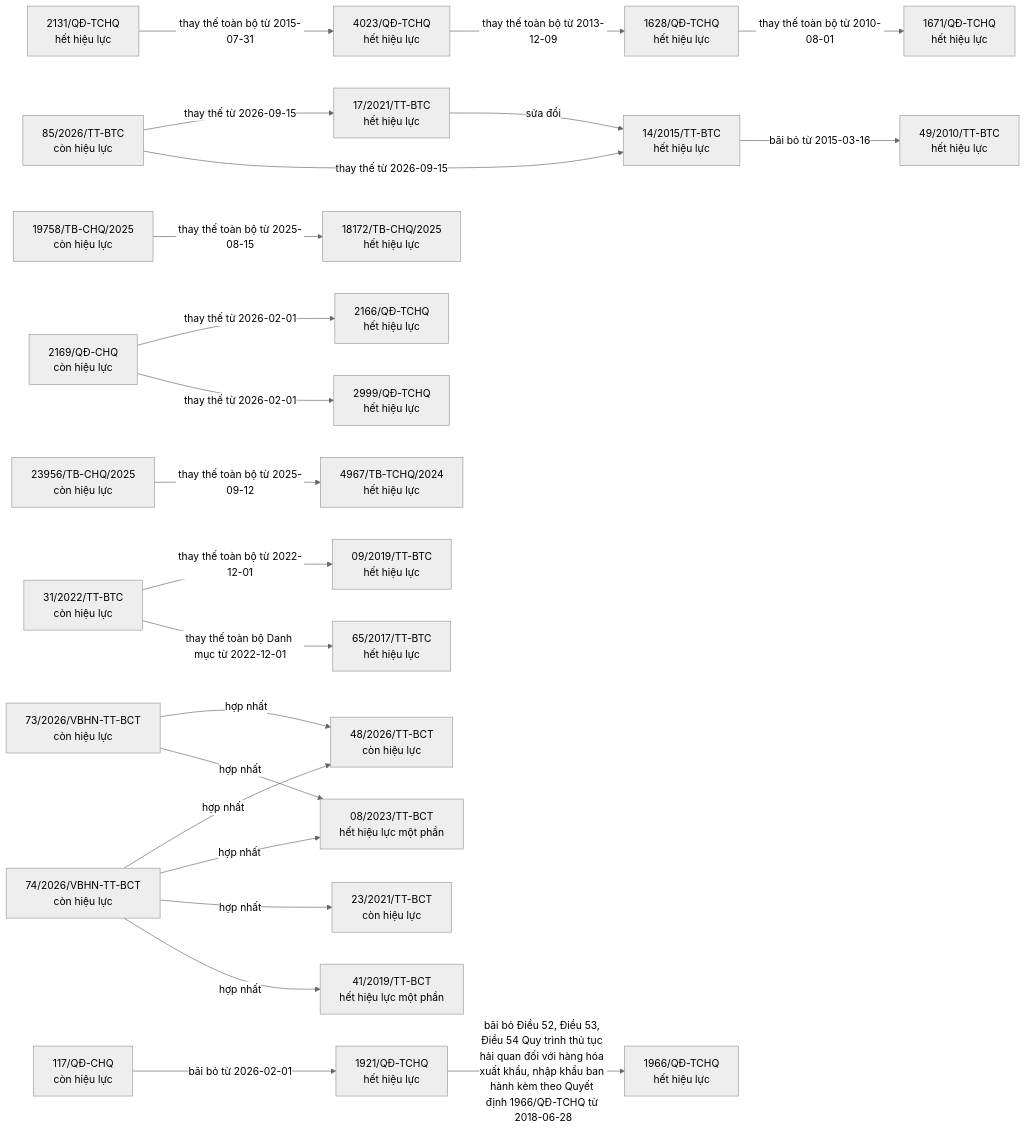
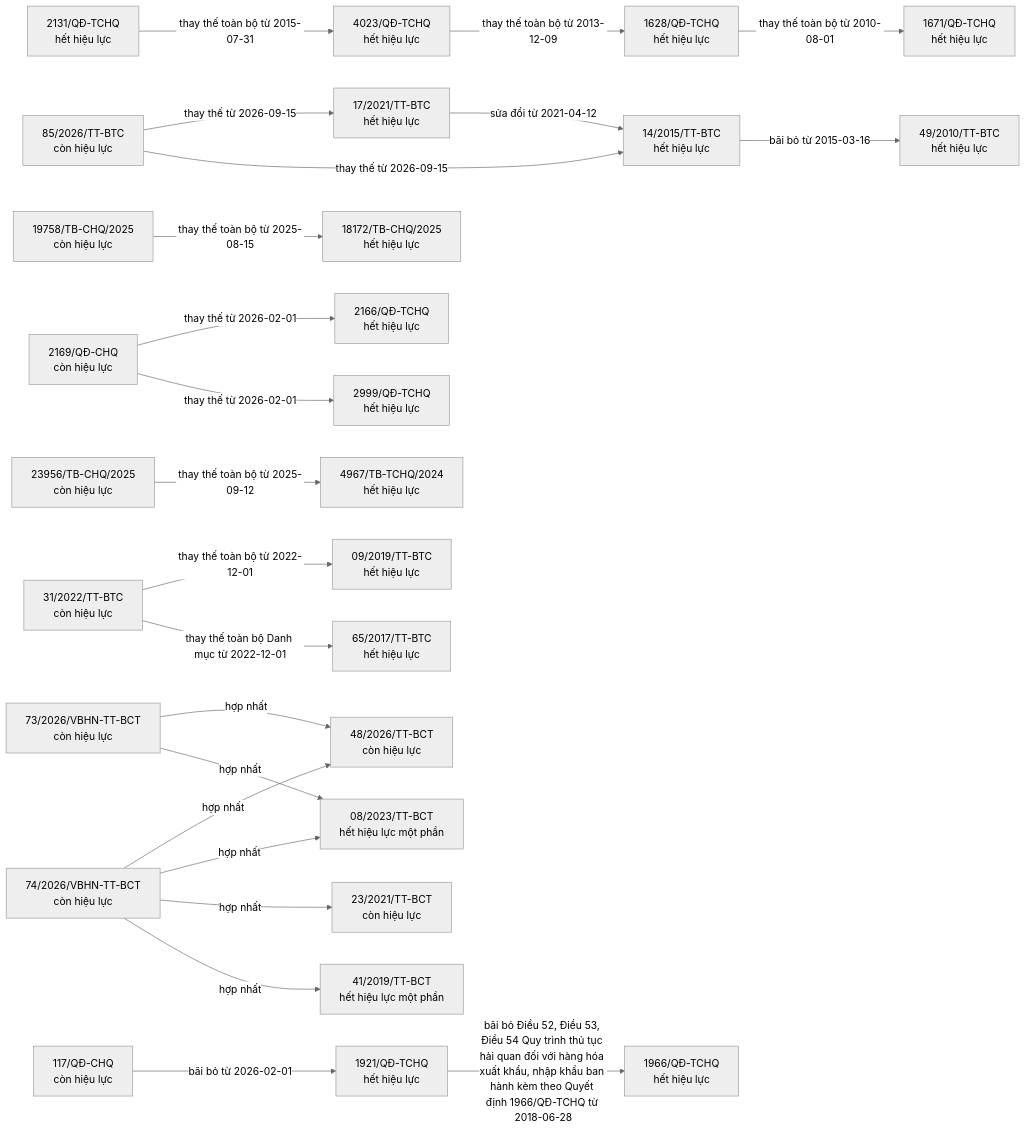
One commit to ozvietnam/oz-wiki-plhq changed the fourth of 9 diagrams in bao-cao/quan-he.md. Above: the diagram before and after it, drawn with Mermaid (neutral theme). The commit also changed other lines of this file and 2 other files, not shown here.

````diff
--- a/bao-cao/quan-he.md
+++ b/bao-cao/quan-he.md
@@ -492,51 +492,51 @@
 ```mermaid
 flowchart LR
   n_117_Q__CHQ["117/QĐ-CHQ<br/>còn hiệu lực"]
   n_1921_Q__TCHQ["1921/QĐ-TCHQ<br/>hết hiệu lực"]
   n_14_2015_TT_BTC["14/2015/TT-BTC<br/>hết hiệu lực"]
   n_49_2010_TT_BTC["49/2010/TT-BTC<br/>hết hiệu lực"]
   n_1628_Q__TCHQ["1628/QĐ-TCHQ<br/>hết hiệu lực"]
   n_1671_Q__TCHQ["1671/QĐ-TCHQ<br/>hết hiệu lực"]
   n_17_2021_TT_BTC["17/2021/TT-BTC<br/>hết hiệu lực"]
   n_1966_Q__TCHQ["1966/QĐ-TCHQ<br/>hết hiệu lực"]
   n_19758_TB_CHQ_2025["19758/TB-CHQ/2025<br/>còn hiệu lực"]
   n_18172_TB_CHQ_2025["18172/TB-CHQ/2025<br/>hết hiệu lực"]
   n_2131_Q__TCHQ["2131/QĐ-TCHQ<br/>hết hiệu lực"]
   n_4023_Q__TCHQ["4023/QĐ-TCHQ<br/>hết hiệu lực"]
   n_2169_Q__CHQ["2169/QĐ-CHQ<br/>còn hiệu lực"]
   n_2999_Q__TCHQ["2999/QĐ-TCHQ<br/>hết hiệu lực"]
   n_2166_Q__TCHQ["2166/QĐ-TCHQ<br/>hết hiệu lực"]
   n_23956_TB_CHQ_2025["23956/TB-CHQ/2025<br/>còn hiệu lực"]
   n_4967_TB_TCHQ_2024["4967/TB-TCHQ/2024<br/>hết hiệu lực"]
   n_31_2022_TT_BTC["31/2022/TT-BTC<br/>còn hiệu lực"]
   n_65_2017_TT_BTC["65/2017/TT-BTC<br/>hết hiệu lực"]
   n_09_2019_TT_BTC["09/2019/TT-BTC<br/>hết hiệu lực"]
   n_73_2026_VBHN_TT_BCT["73/2026/VBHN-TT-BCT<br/>còn hiệu lực"]
   n_08_2023_TT_BCT["08/2023/TT-BCT<br/>hết hiệu lực một phần"]
   n_48_2026_TT_BCT["48/2026/TT-BCT<br/>còn hiệu lực"]
   n_74_2026_VBHN_TT_BCT["74/2026/VBHN-TT-BCT<br/>còn hiệu lực"]
   n_41_2019_TT_BCT["41/2019/TT-BCT<br/>hết hiệu lực một phần"]
   n_23_2021_TT_BCT["23/2021/TT-BCT<br/>còn hiệu lực"]
   n_85_2026_TT_BTC["85/2026/TT-BTC<br/>còn hiệu lực"]
   n_117_Q__CHQ -->|bãi bỏ từ 2026-02-01| n_1921_Q__TCHQ
   n_14_2015_TT_BTC -->|bãi bỏ từ 2015-03-16| n_49_2010_TT_BTC
   n_1628_Q__TCHQ -->|thay thế toàn bộ từ 2010-08-01| n_1671_Q__TCHQ
-  n_17_2021_TT_BTC -->|sửa đổi| n_14_2015_TT_BTC
+  n_17_2021_TT_BTC -->|sửa đổi từ 2021-04-12| n_14_2015_TT_BTC
   n_1921_Q__TCHQ -->|bãi bỏ Điều 52, Điều 53, Điều 54 Quy trình thủ tục hải quan đối với hàng hóa xuất khẩu, nhập khẩu ban hành kèm theo Quyết định 1966/QĐ-TCHQ từ 2018-06-28| n_1966_Q__TCHQ
   n_19758_TB_CHQ_2025 -->|thay thế toàn bộ từ 2025-08-15| n_18172_TB_CHQ_2025
   n_2131_Q__TCHQ -->|thay thế toàn bộ từ 2015-07-31| n_4023_Q__TCHQ
   n_2169_Q__CHQ -->|thay thế từ 2026-02-01| n_2999_Q__TCHQ
   n_2169_Q__CHQ -->|thay thế từ 2026-02-01| n_2166_Q__TCHQ
   n_23956_TB_CHQ_2025 -->|thay thế toàn bộ từ 2025-09-12| n_4967_TB_TCHQ_2024
   n_31_2022_TT_BTC -->|thay thế toàn bộ Danh mục từ 2022-12-01| n_65_2017_TT_BTC
   n_31_2022_TT_BTC -->|thay thế toàn bộ từ 2022-12-01| n_09_2019_TT_BTC
   n_4023_Q__TCHQ -->|thay thế toàn bộ từ 2013-12-09| n_1628_Q__TCHQ
   n_73_2026_VBHN_TT_BCT -->|hợp nhất| n_08_2023_TT_BCT
   n_73_2026_VBHN_TT_BCT -->|hợp nhất| n_48_2026_TT_BCT
   n_74_2026_VBHN_TT_BCT -->|hợp nhất| n_41_2019_TT_BCT
   n_74_2026_VBHN_TT_BCT -->|hợp nhất| n_23_2021_TT_BCT
   n_74_2026_VBHN_TT_BCT -->|hợp nhất| n_08_2023_TT_BCT
   n_74_2026_VBHN_TT_BCT -->|hợp nhất| n_48_2026_TT_BCT
   n_85_2026_TT_BTC -->|thay thế từ 2026-09-15| n_14_2015_TT_BTC
   n_85_2026_TT_BTC -->|thay thế từ 2026-09-15| n_17_2021_TT_BTC
 ```
````
